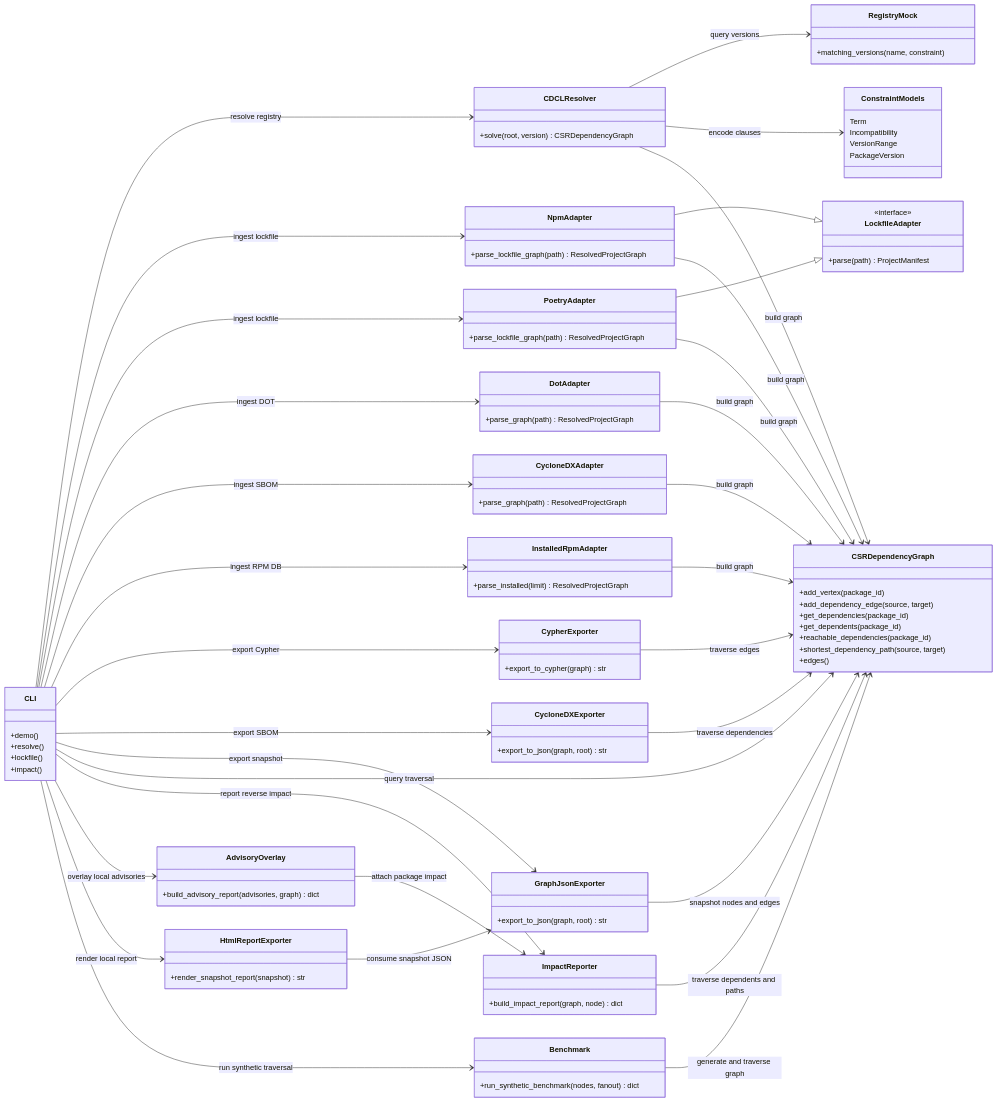
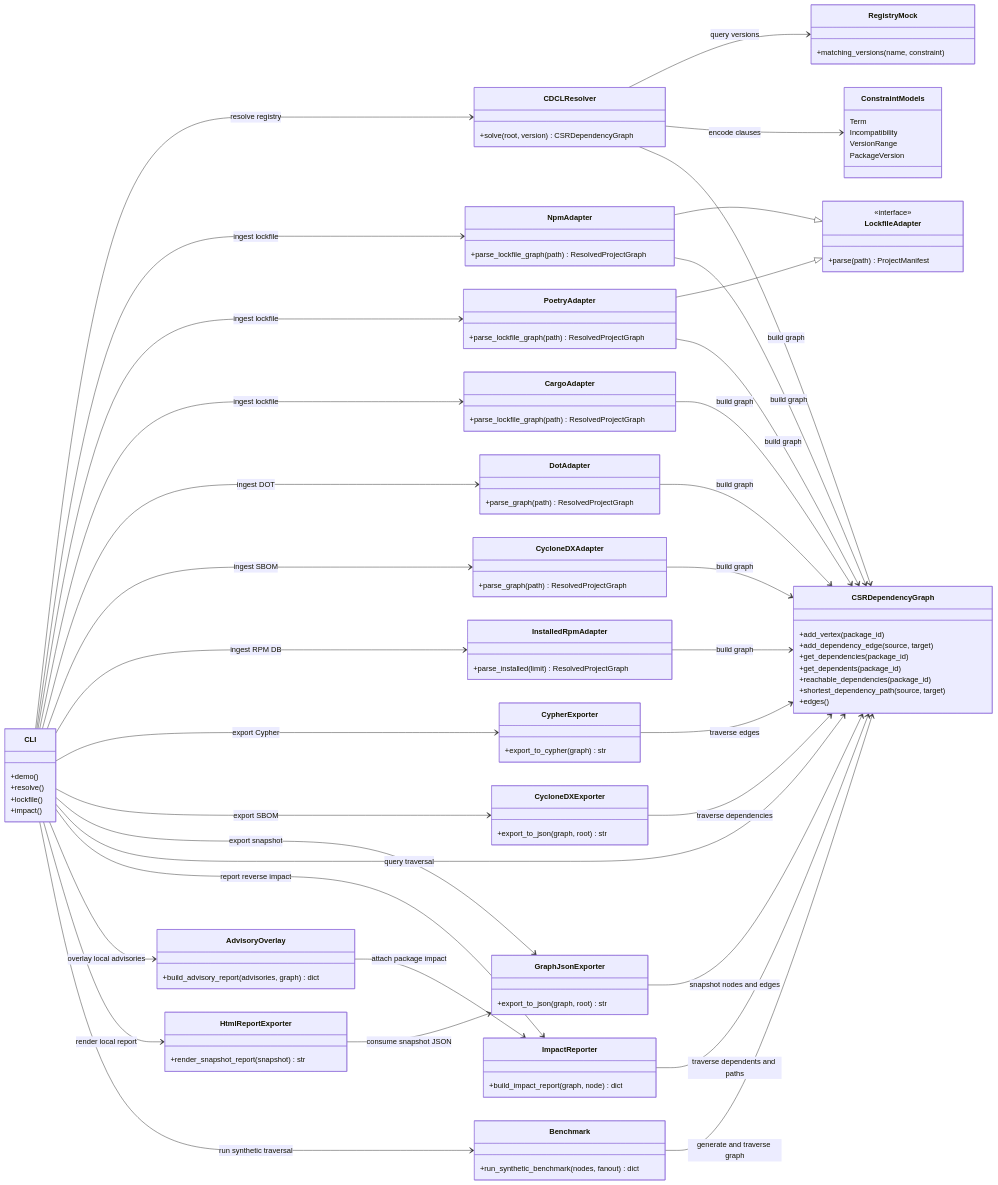
Before and after one commit to xsub/EnterpriseLinux-SoftwareSupplyChain: the first of 2 diagrams in README.md, drawn with Mermaid. The commit also changed other lines of this file and 10 other files, not shown here.

Commit message:
Add Cargo lockfile graph ingestion

```diff
--- a/README.md
+++ b/README.md
@@ -153,6 +160,9 @@
   +parse_lockfile_graph(path) ResolvedProjectGraph
 }
 class PoetryAdapter {
+  +parse_lockfile_graph(path) ResolvedProjectGraph
+}
+class CargoAdapter {
   +parse_lockfile_graph(path) ResolvedProjectGraph
 }
 class DotAdapter {
@@ -209,6 +219,7 @@
 CLI --> CDCLResolver : resolve registry
 CLI --> NpmAdapter : ingest lockfile
 CLI --> PoetryAdapter : ingest lockfile
+CLI --> CargoAdapter : ingest lockfile
 CLI --> DotAdapter : ingest DOT
 CLI --> CycloneDXAdapter : ingest SBOM
 CLI --> InstalledRpmAdapter : ingest RPM DB
@@ -219,6 +230,7 @@
 CDCLResolver --> CSRDependencyGraph : build graph
 NpmAdapter --> CSRDependencyGraph : build graph
 PoetryAdapter --> CSRDependencyGraph : build graph
+CargoAdapter --> CSRDependencyGraph : build graph
 DotAdapter --> CSRDependencyGraph : build graph
 CycloneDXAdapter --> CSRDependencyGraph : build graph
 InstalledRpmAdapter --> CSRDependencyGraph : build graph
```
